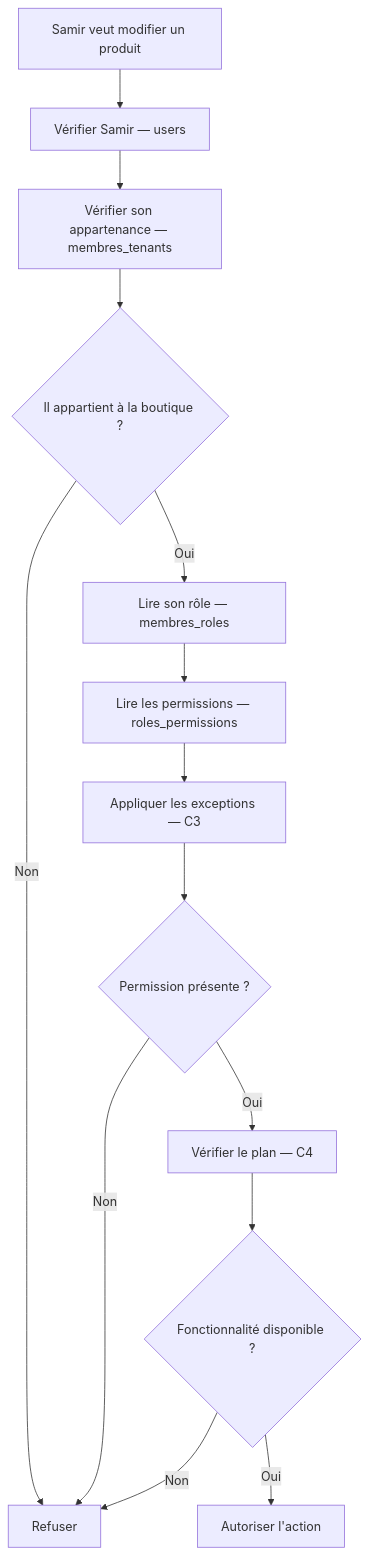
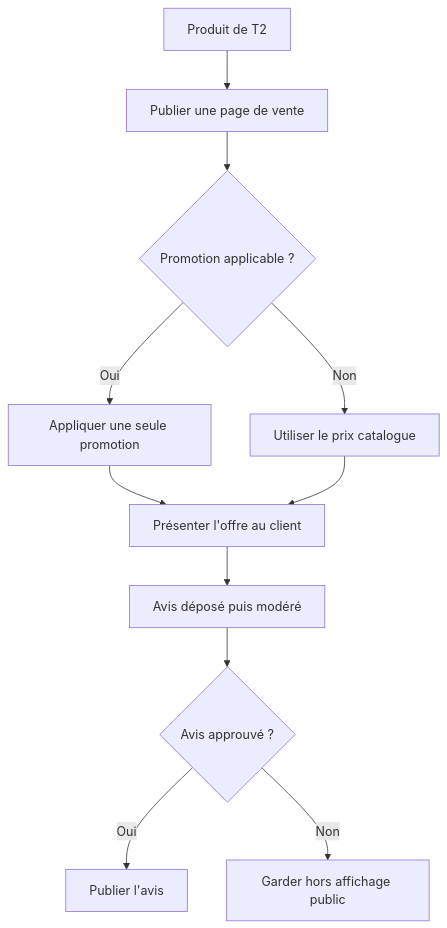
One commit to unitealfa/saas-ecom changed the fifth of 23 diagrams in BDD-centrale-C1-C14-explication-simple.md. Above: the diagram before and after it, drawn with Mermaid. The commit also changed other lines of this file, not shown here.

````diff
--- a/BDD-centrale-C1-C14-explication-simple.md
+++ b/BDD-centrale-C1-C14-explication-simple.md
@@ -114,16 +250,13 @@
 ```mermaid
 flowchart TD
-    A["Samir veut modifier un produit"] --> B["Vérifier Samir — users"]
-    B --> C["Vérifier son appartenance — membres_tenants"]
-    C --> D{"Il appartient à la boutique ?"}
-    D -->|Non| X["Refuser"]
-    D -->|Oui| E["Lire son rôle — membres_roles"]
-    E --> F["Lire les permissions — roles_permissions"]
-    F --> G["Appliquer les exceptions — C3"]
-    G --> H{"Permission présente ?"}
-    H -->|Non| X
-    H -->|Oui| I["Vérifier le plan — C4"]
-    I --> J{"Fonctionnalité disponible ?"}
-    J -->|Non| X
-    J -->|Oui| K["Autoriser l'action"]
+    A["Produit de T2"] --> B["Publier une page de vente"]
+    B --> C{"Promotion applicable ?"}
+    C -->|Oui| D["Appliquer une seule promotion"]
+    C -->|Non| E["Utiliser le prix catalogue"]
+    D --> F["Présenter l'offre au client"]
+    E --> F
+    F --> G["Avis déposé puis modéré"]
+    G --> H{"Avis approuvé ?"}
+    H -->|Oui| I["Publier l'avis"]
+    H -->|Non| J["Garder hors affichage public"]
 ```
````
